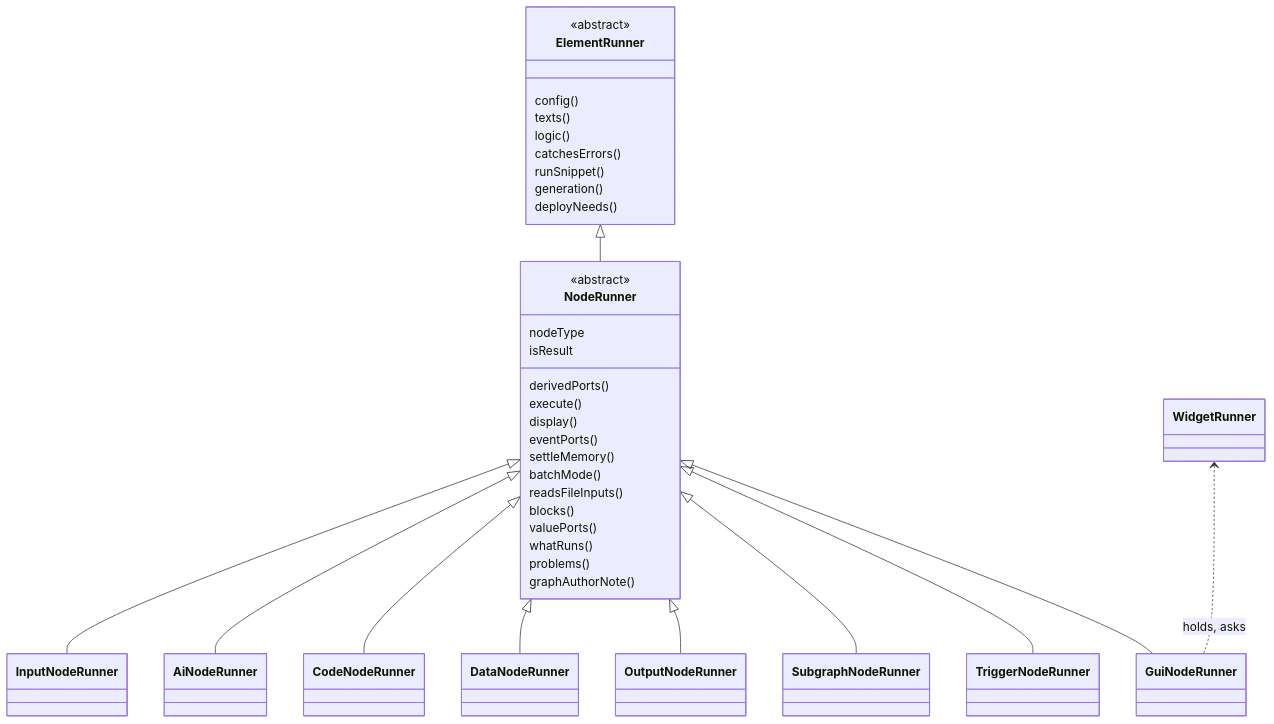
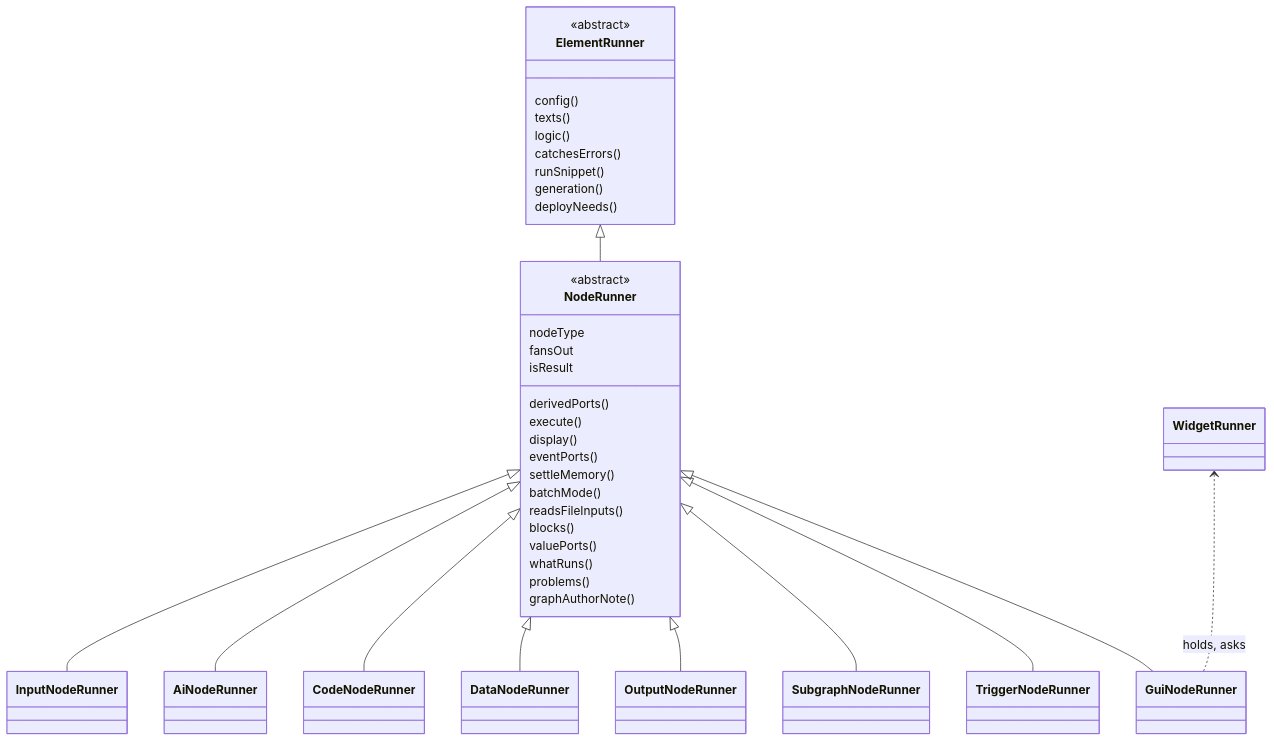
One commit to Archimedes79/AI_Graph changed the third of 8 diagrams in arch/overview.md. Above: the diagram before and after it, drawn with Mermaid. The commit also changed 11 other files, not shown here.

````diff
--- a/arch/overview.md
+++ b/arch/overview.md
@@ -157,40 +157,41 @@
 ```mermaid
 classDiagram
   class ElementRunner {
     <<abstract>>
     config()
     texts()
     logic()
     catchesErrors()
     runSnippet()
     generation()
     deployNeeds()
   }
   class NodeRunner {
     <<abstract>>
     nodeType
     derivedPorts()
     execute()
     display()
     eventPorts()
     settleMemory()
+    fansOut
     batchMode()
     readsFileInputs()
     blocks()
     isResult
     valuePorts()
     whatRuns()
     problems()
     graphAuthorNote()
   }
   ElementRunner <|-- NodeRunner
   NodeRunner <|-- InputNodeRunner
   NodeRunner <|-- AiNodeRunner
   NodeRunner <|-- CodeNodeRunner
   NodeRunner <|-- DataNodeRunner
   NodeRunner <|-- OutputNodeRunner
   NodeRunner <|-- SubgraphNodeRunner
   NodeRunner <|-- TriggerNodeRunner
   NodeRunner <|-- GuiNodeRunner
   WidgetRunner <.. GuiNodeRunner : holds, asks
 ```
````
